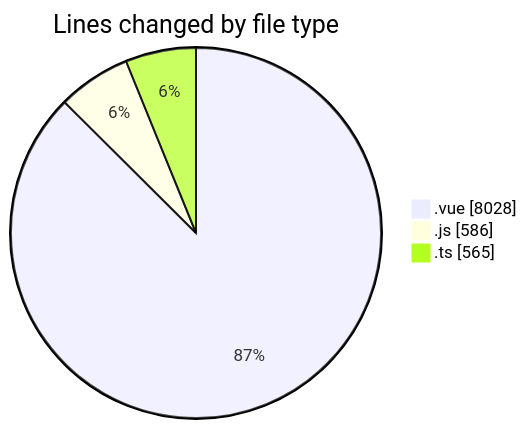
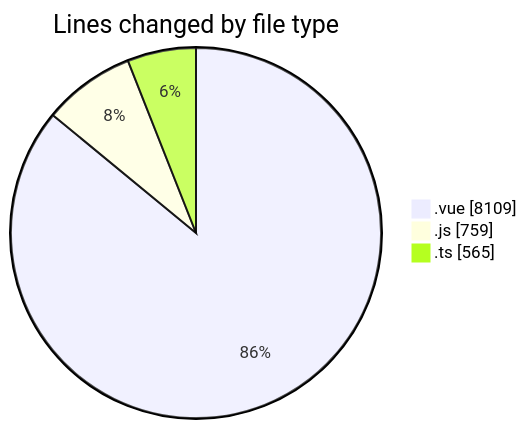
One commit to lephambinh05/code-tracking changed the first of 2 diagrams in 2025-08-13/rentotp/README.md. Above: the diagram before and after it, drawn with Mermaid. The commit also changed other lines of this file and 1 other file, not shown here.

````diff
--- a/2025-08-13/rentotp/README.md
+++ b/2025-08-13/rentotp/README.md
@@ -35,7 +36,7 @@
 ```mermaid
 pie showData
 title Lines changed by file type
-".vue" : 8028
-".js" : 586
+".vue" : 8109
+".js" : 759
 ".ts" : 565
 ```
````
